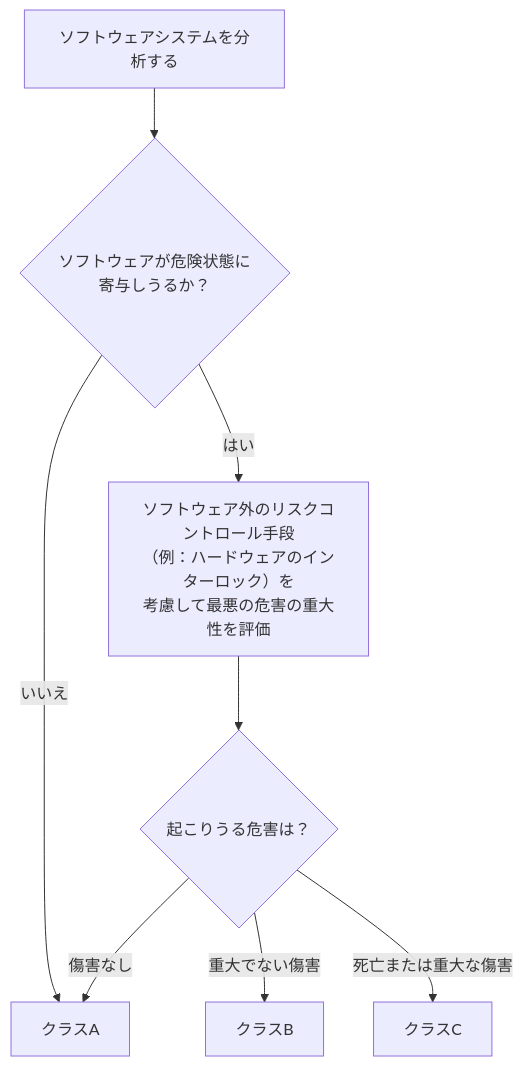
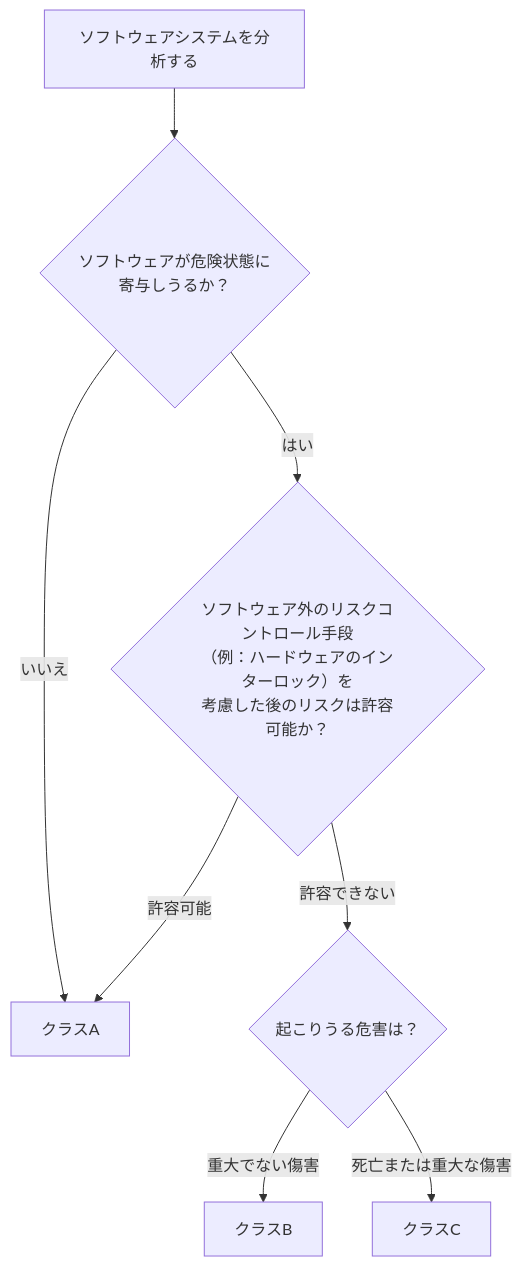
One commit to myoshi2891/Quality-Assurance-Studies changed the sixth of 18 diagrams in Iec-62304-beginner-guide.md. Above: the diagram before and after it, drawn with Mermaid. The commit also changed other lines of this file, not shown here.

Commit message:
docs(iec-62304): 安全クラス分類フローのリスク許容性分岐を規格整合化

````diff
--- a/Iec-62304-beginner-guide.md
+++ b/Iec-62304-beginner-guide.md
@@ -254,10 +254,10 @@
 ```mermaid
 flowchart TD
     S["ソフトウェアシステムを分析する"] --> Q1{"ソフトウェアが危険状態に<br>寄与しうるか？"}
     Q1 -->|"いいえ"| A["クラスA"]
-    Q1 -->|"はい"| Q2["ソフトウェア外のリスクコントロール手段<br>（例：ハードウェアのインターロック）を<br>考慮して最悪の危害の重大性を評価"]
-    Q2 --> Q3{"起こりうる危害は？"}
-    Q3 -->|"傷害なし"| A
+    Q1 -->|"はい"| Q2{"ソフトウェア外のリスクコントロール手段<br>（例：ハードウェアのインターロック）を<br>考慮した後のリスクは許容可能か？"}
+    Q2 -->|"許容可能"| A
+    Q2 -->|"許容できない"| Q3{"起こりうる危害は？"}
     Q3 -->|"重大でない傷害"| B["クラスB"]
     Q3 -->|"死亡または重大な傷害"| C["クラスC"]
 ```
````
